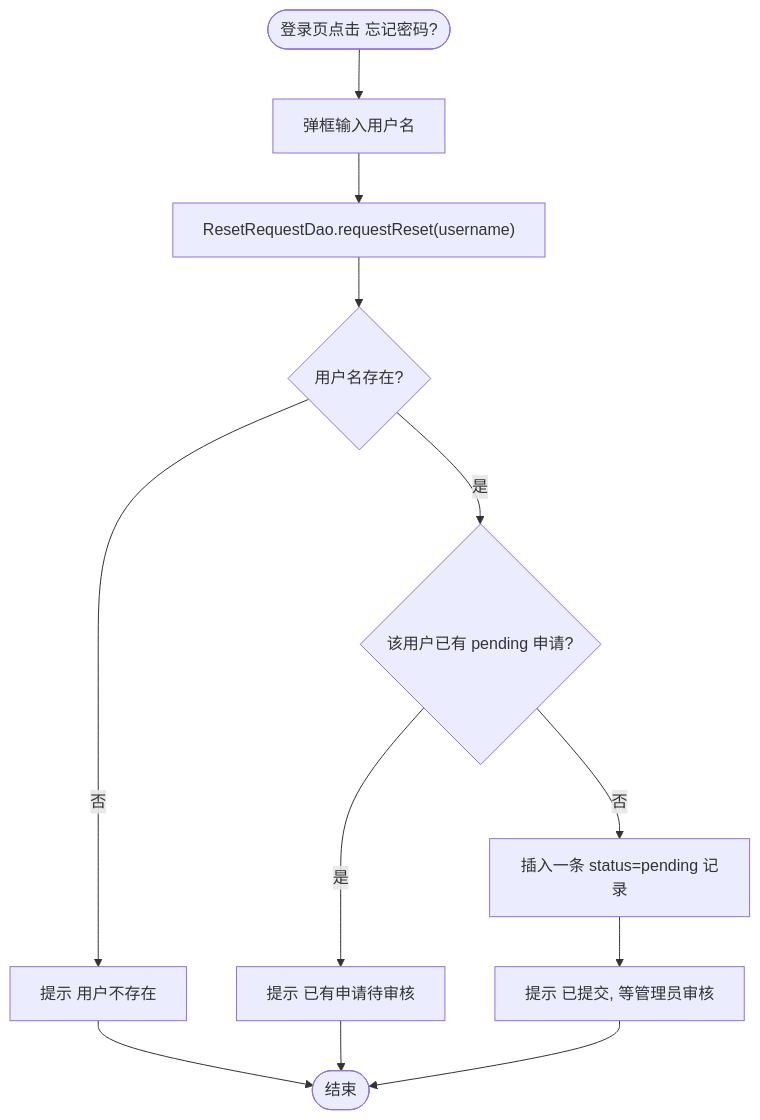
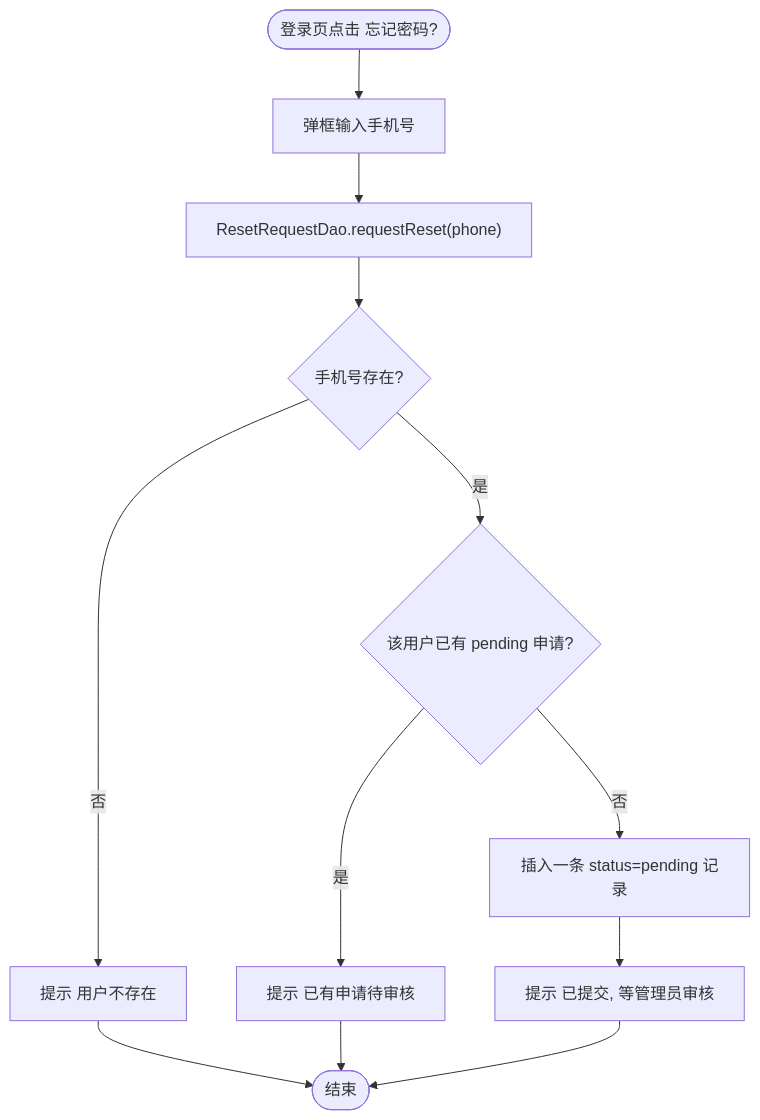
Before and after one commit to learnerCodeZ/javagame-zombie-shooter: the tenth of 12 diagrams in docs/详细设计说明书.md, drawn with Mermaid. The commit also changed other lines of this file and 19 other files, not shown here.

Commit message:
登录标识改手机号: username→phone(11位数字,注册/登录/忘记密码校验+输入框限11位) + 迁移v1.3 + 文档/复盘同步

````diff
--- a/docs/详细设计说明书.md
+++ b/docs/详细设计说明书.md
@@ -548,14 +548,14 @@
 ```mermaid
 flowchart TD
-    A(["登录页点击 忘记密码?"]) --> B["弹框输入用户名"]
-    B --> C["ResetRequestDao.requestReset(username)"]
-    C --> D{"用户名存在?"}
+    A(["登录页点击 忘记密码?"]) --> B["弹框输入手机号"]
+    B --> C["ResetRequestDao.requestReset(phone)"]
+    C --> D{"手机号存在?"}
     D -->|否| E["提示 用户不存在"]
     D -->|是| F{"该用户已有 pending 申请?"}
     F -->|是| G["提示 已有申请待审核"]
     F -->|否| H["插入一条 status=pending 记录"]
     H --> I["提示 已提交, 等管理员审核"]
     E --> J(["结束"])
     G --> J
     I --> J
 ```
````
